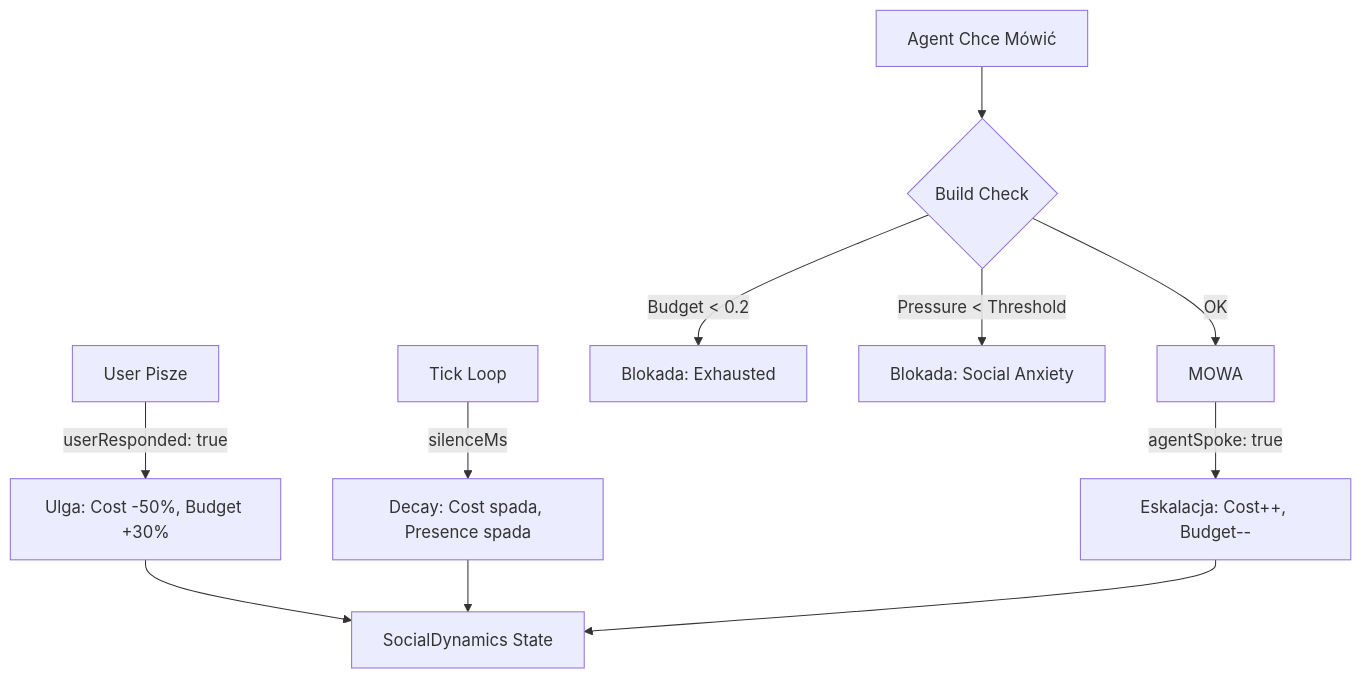
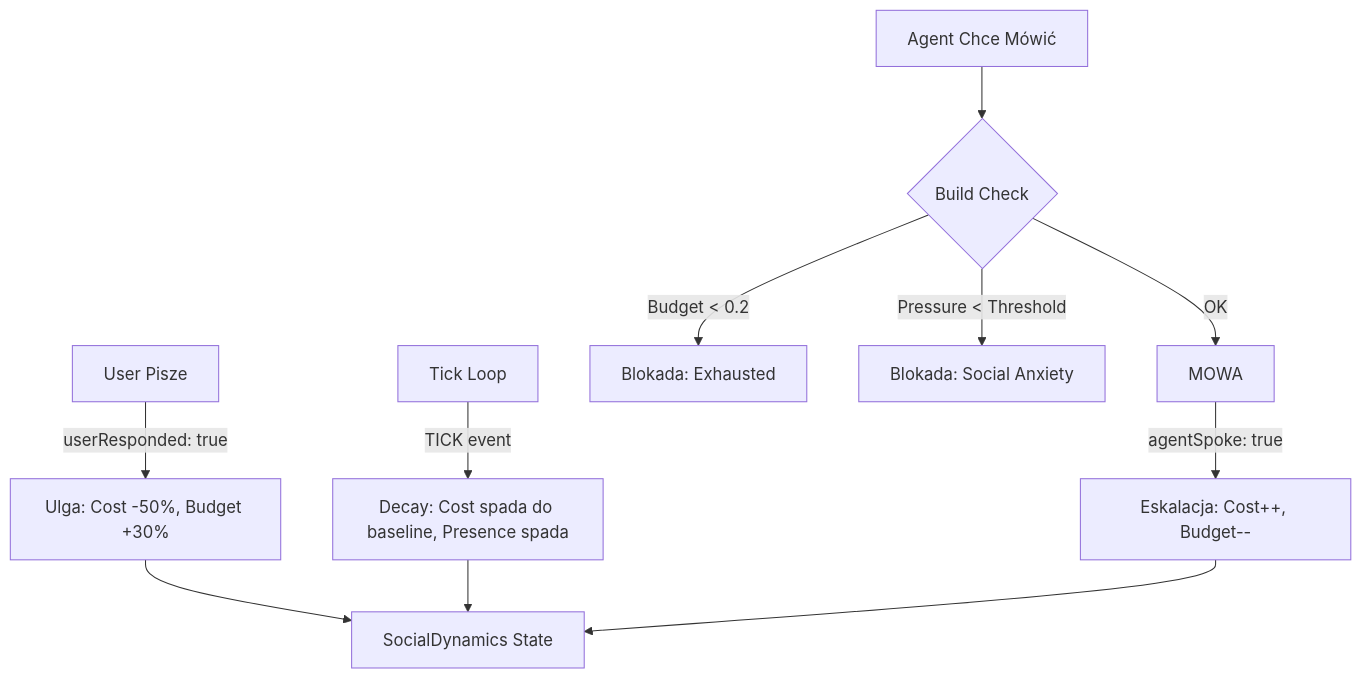
The diagram in docs/architecture/SOCIAL_DYNAMICS.md (paulcrowski/AK-flow), drawn with Mermaid before and after one commit. The commit also changed other lines of this file and 10 other files, not shown here.

Commit message:
feat(faza6.3): SocialDynamics v1.1 - tick-based decay, baseline 0.05, config-driven

````diff
--- a/docs/architecture/SOCIAL_DYNAMICS.md
+++ b/docs/architecture/SOCIAL_DYNAMICS.md
@@ -97,16 +97,16 @@
 ```mermaid
 graph TD
     UserInput[User Pisze] -->|userResponded: true| Relief[Ulga: Cost -50%, Budget +30%]
     Relief --> State[SocialDynamics State]
     
-    Tick[Tick Loop] -->|silenceMs| Decay[Decay: Cost spada, Presence spada]
+    Tick[Tick Loop] -->|TICK event| Decay[Decay: Cost spada do baseline, Presence spada]
     Decay --> State
     
     AgentPonder[Agent Chce Mówić] --> Check{Build Check}
     Check -->|Budget < 0.2| Block[Blokada: Exhausted]
     Check -->|Pressure < Threshold| Block2[Blokada: Social Anxiety]
     Check -->|OK| Speak[MOWA]
     
     Speak -->|agentSpoke: true| Escalate[Eskalacja: Cost++, Budget--]
     Escalate --> State
 ```
````
